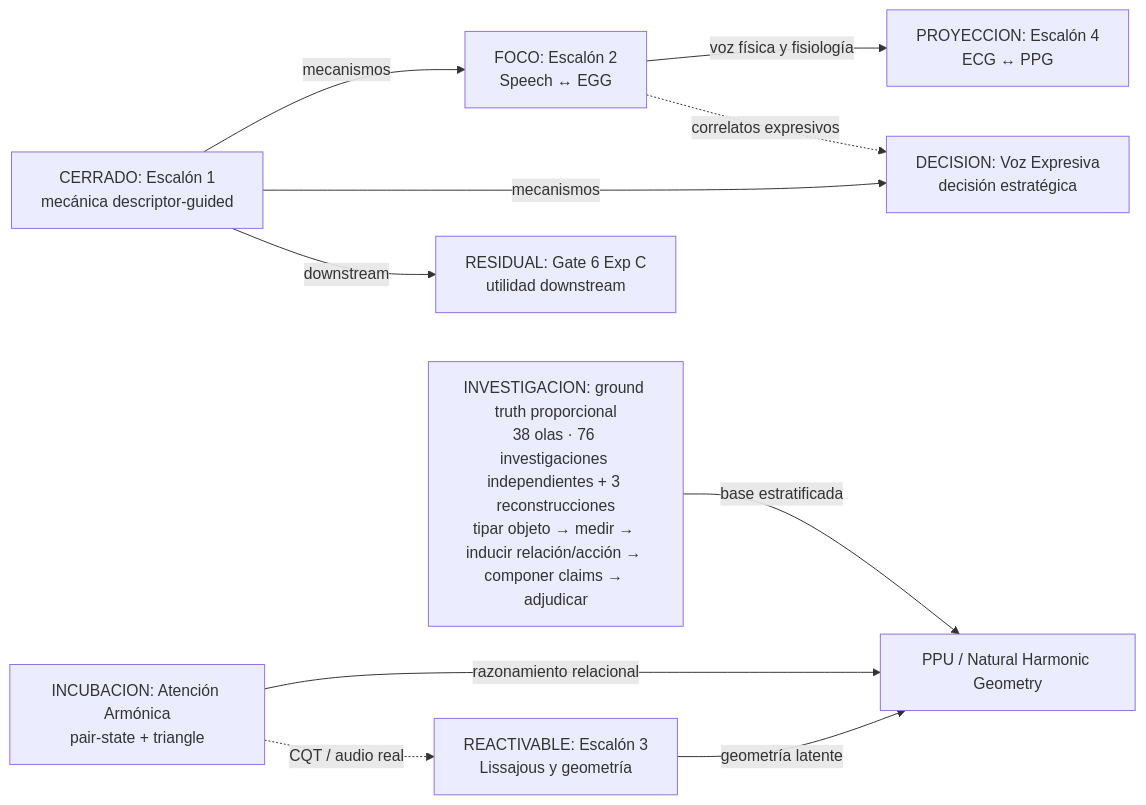
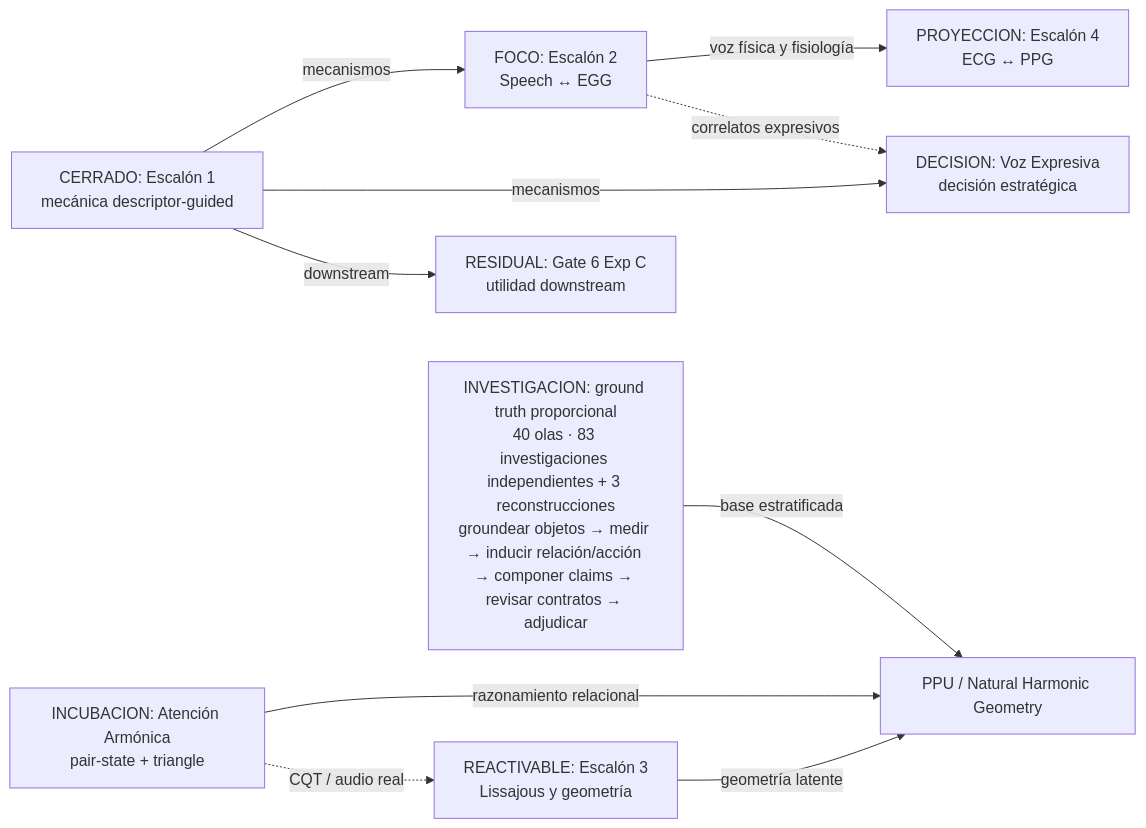
Before and after one commit to Mar-IA-no/Phideus: the first of 2 diagrams in Documents/05_WIKI/MAPA_VISUAL_DEL_PROGRAMA.md, drawn with Mermaid. The commit also changed 9 other files, not shown here.

````diff
--- a/Documents/05_WIKI/MAPA_VISUAL_DEL_PROGRAMA.md
+++ b/Documents/05_WIKI/MAPA_VISUAL_DEL_PROGRAMA.md
@@ -36,22 +36,22 @@
 ```mermaid
 flowchart LR
     E1["CERRADO: Escalón 1<br/>mecánica descriptor-guided"]
     G6["RESIDUAL: Gate 6 Exp C<br/>utilidad downstream"]
     E2["FOCO: Escalón 2<br/>Speech ↔ EGG"]
     VE["DECISION: Voz Expresiva<br/>decisión estratégica"]
     E3["REACTIVABLE: Escalón 3<br/>Lissajous y geometría"]
     AA["INCUBACION: Atención Armónica<br/>pair-state + triangle"]
     E4["PROYECCION: Escalón 4<br/>ECG ↔ PPG"]
     PPU["PPU / Natural Harmonic Geometry"]
-    GT["INVESTIGACION: ground truth proporcional<br/>38 olas · 76 investigaciones independientes + 3 reconstrucciones<br/>tipar objeto → medir → inducir relación/acción → componer claims → adjudicar"]
+    GT["INVESTIGACION: ground truth proporcional<br/>40 olas · 83 investigaciones independientes + 3 reconstrucciones<br/>groundear objetos → medir → inducir relación/acción → componer claims → revisar contratos → adjudicar"]
 
     E1 -->|mecanismos| E2
     E1 -->|mecanismos| VE
     E1 -->|downstream| G6
     E2 -->|voz física y fisiología| E4
     E2 -.->|correlatos expresivos| VE
     E3 -->|geometría latente| PPU
     AA -->|razonamiento relacional| PPU
     GT -->|base estratificada| PPU
     AA -.->|CQT / audio real| E3
 ```
````
